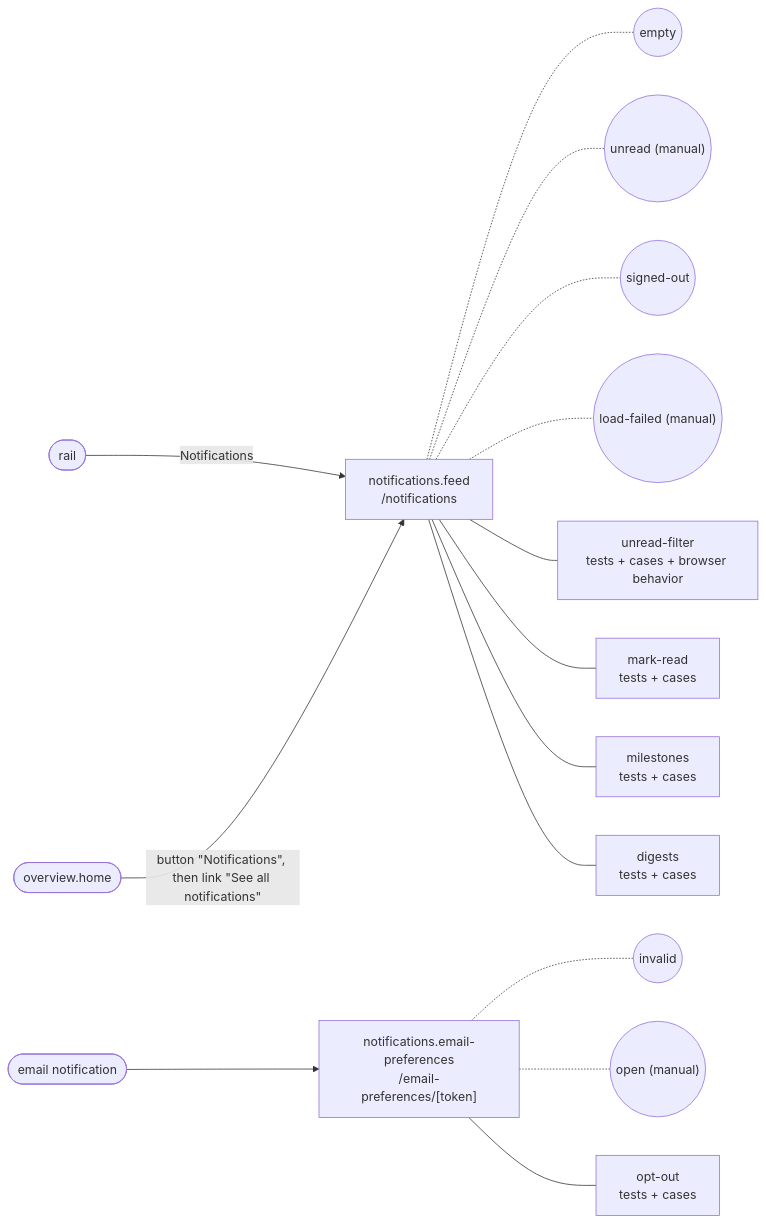
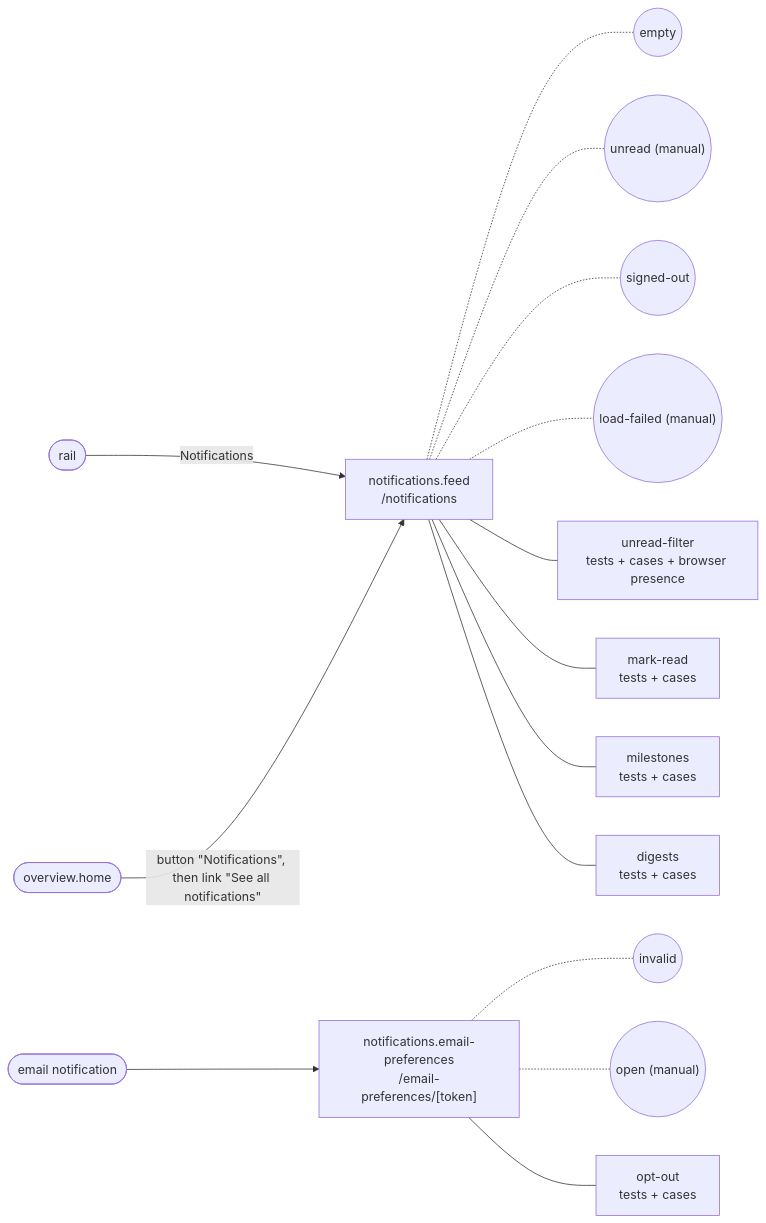
Before and after one commit to SebastianGarces/everyfield: the diagram in docs/feature-maps/notifications.md, drawn with Mermaid. The commit also changed other lines of this file and 6 other files, not shown here.

````diff
--- a/docs/feature-maps/notifications.md
+++ b/docs/feature-maps/notifications.md
@@ -6,22 +6,22 @@
 ```mermaid
 flowchart LR
   rail(["rail"])
   s1_link0(["email notification"])
   x_overview_home(["overview.home"])
   s0["notifications.feed<br/>/notifications"]
   rail -- "Notifications" --> s0
   x_overview_home -- "button #quot;Notifications#quot;, then link #quot;See all notifications#quot;" --> s0
   s0 -.- s0_st0(("empty"))
   s0 -.- s0_st1(("unread (manual)"))
   s0 -.- s0_st2(("signed-out"))
   s0 -.- s0_st3(("load-failed (manual)"))
-  s0 --- s0_b0["unread-filter<br/>tests + cases + browser behavior"]
+  s0 --- s0_b0["unread-filter<br/>tests + cases + browser presence"]
   s0 --- s0_b1["mark-read<br/>tests + cases"]
   s0 --- s0_b2["milestones<br/>tests + cases"]
   s0 --- s0_b3["digests<br/>tests + cases"]
   s1["notifications.email-preferences<br/>/email-preferences/[token]"]
   s1_link0 --> s1
   s1 -.- s1_st0(("invalid"))
   s1 -.- s1_st1(("open (manual)"))
   s1 --- s1_b0["opt-out<br/>tests + cases"]
 ```
````
